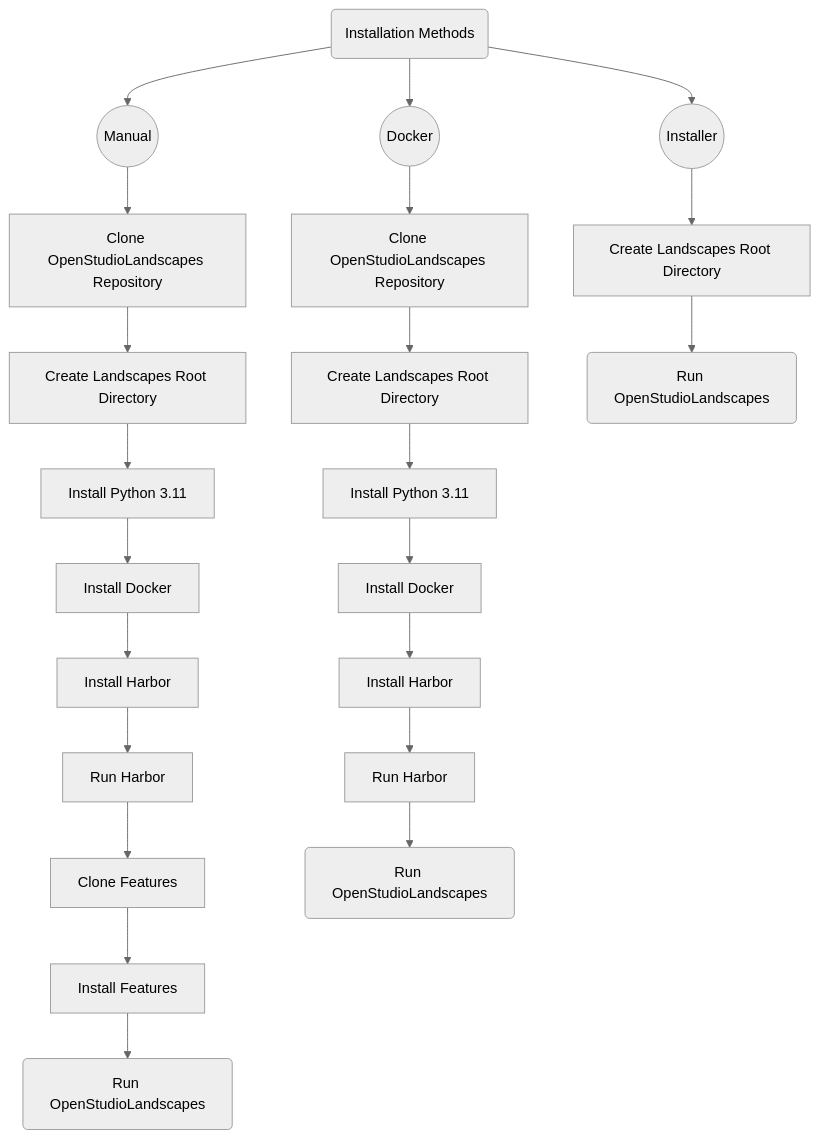
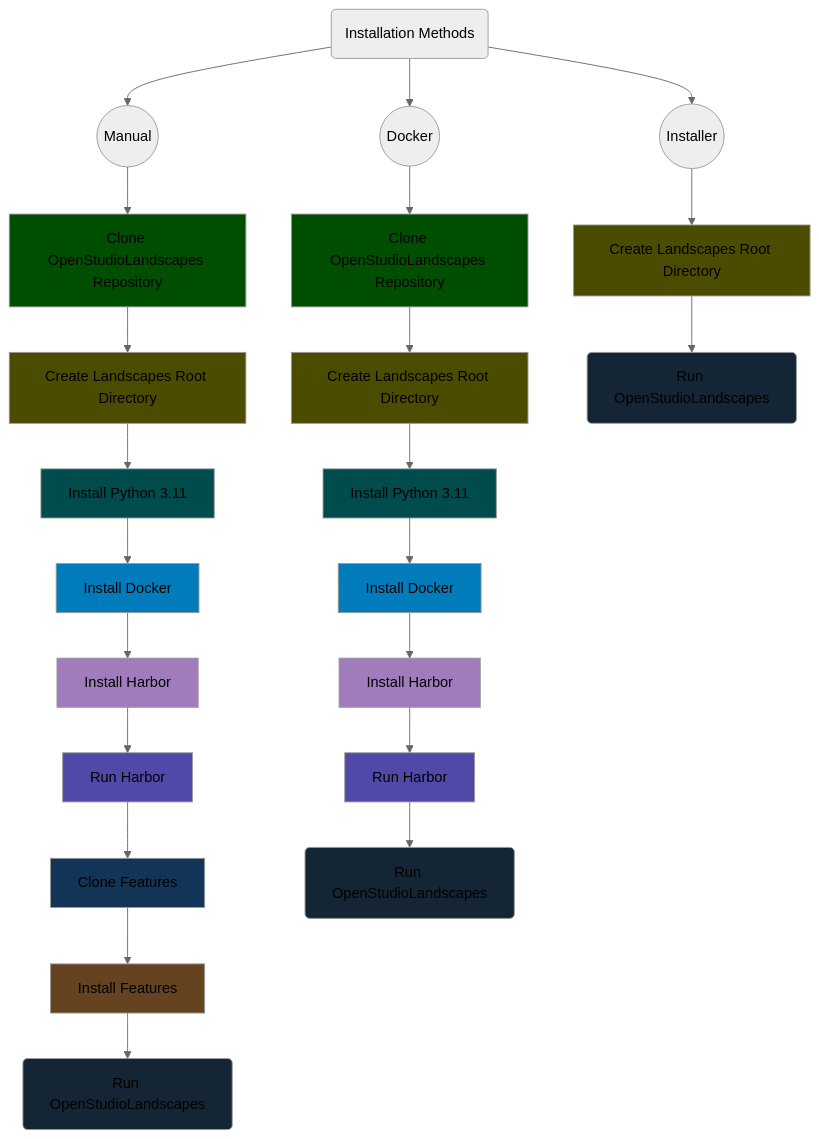
The diagram in wiki/README.md (michimussato/OpenStudioLandscapes), drawn with Mermaid (neutral theme) before and after one commit.

Commit message:
refactor

````diff
--- a/wiki/README.md
+++ b/wiki/README.md
@@ -19,16 +19,11 @@
     click docker href "https://github.com/michimussato/OpenStudioLandscapes/blob/main/wiki/installation/basic_installation.md#install-docker"
     script((Installer))
     click script href "https://github.com/michimussato/OpenStudioLandscapes/blob/main/wiki/installation/basic_installation_from_script.md"
-    installation_methods --> manual
-    installation_methods --> docker
-    installation_methods --> script
     
     clone_repo_manual[Clone OpenStudioLandscapes Repository]
     click clone_repo_manual href "https://github.com/michimussato/OpenStudioLandscapes/blob/main/wiki/installation/basic_installation.md#clone-repository"
     clone_repo_docker[Clone OpenStudioLandscapes Repository]
     click clone_repo_docker href "https://github.com/michimussato/OpenStudioLandscapes/blob/main/wiki/installation/basic_installation.md#clone-repository"
-    %% clone_repo_script[Clone OpenStudioLandscapes Repository]
-    %% click clone_repo_script href "https://github.com/michimussato/OpenStudioLandscapes/blob/main/wiki/installation/basic_installation.md#openstudiolandscapes"
     
     landscapes_root_manual[Create Landscapes Root Directory]
     click landscapes_root_manual href "https://github.com/michimussato/OpenStudioLandscapes/blob/main/wiki/installation/basic_installation.md#create-landscapes-root-directory"
@@ -46,22 +41,16 @@
     click install_docker_manual href "https://github.com/michimussato/OpenStudioLandscapes/blob/main/wiki/installation/basic_installation.md#install-docker"
     install_docker_docker[Install Docker]
     click install_docker_docker href "https://github.com/michimussato/OpenStudioLandscapes/blob/main/wiki/installation/basic_installation.md#install-docker"
-    %% install_docker_script[Install Docker]
-    %% click install_docker_script href "https://github.com/michimussato/OpenStudioLandscapes/blob/main/wiki/installation/basic_installation.md#install-docker"
     
     install_harbor_manual[Install Harbor]
     click install_harbor_manual href "https://github.com/michimussato/OpenStudioLandscapes/blob/main/wiki/installation/basic_installation.md#harbor"
     install_harbor_docker[Install Harbor]
     click install_harbor_docker href "https://github.com/michimussato/OpenStudioLandscapes/blob/main/wiki/installation/basic_installation.md#harbor"
-    %% install_harbor_script[Install Harbor]
-    %% click install_harbor_script href "https://github.com/michimussato/OpenStudioLandscapes/blob/main/wiki/installation/basic_installation.md#harbor"
     
     run_harbor_manual[Run Harbor]
     click run_harbor_manual href "https://github.com/michimussato/OpenStudioLandscapes/blob/main/wiki/run/run_harbor.md#up"
     run_harbor_docker[Run Harbor]
     click run_harbor_docker href "https://github.com/michimussato/OpenStudioLandscapes/blob/main/wiki/run/run_harbor.md#up"
-    %% run_harbor_script[Run Harbor]
-    %% click run_harbor_script href "https://github.com/michimussato/OpenStudioLandscapes/blob/main/wiki/run/run_harbor.md#up"
     
     clone_features_manual[Clone Features]
     click clone_features_manual href "https://github.com/michimussato/OpenStudioLandscapes/blob/main/wiki/installation/install_features.md#clone-features"
@@ -75,11 +64,34 @@
     run_script(Run OpenStudioLandscapes)
     click run_script href "https://github.com/michimussato/OpenStudioLandscapes/blob/main/wiki/run_openstudiolandscapes/from_script.md#up-and-down"
     
-    manual --> clone_repo_manual --> landscapes_root_manual --> install_python_manual --> install_docker_manual --> install_harbor_manual 
-    install_harbor_manual --> run_harbor_manual --> clone_features_manual --> install_features_manual --> run_manual
+    installation_methods --> manual --> clone_repo_manual --> landscapes_root_manual --> install_python_manual --> install_docker_manual --> install_harbor_manual --> run_harbor_manual --> clone_features_manual --> install_features_manual --> run_manual
+    installation_methods --> docker --> clone_repo_docker --> landscapes_root_docker --> install_python_docker --> install_docker_docker --> install_harbor_docker --> run_harbor_docker --> run_docker
+    installation_methods --> script --> landscapes_root_script --> run_script
     
-    docker --> clone_repo_docker --> landscapes_root_docker --> install_python_docker --> install_docker_docker --> install_harbor_docker
-    install_harbor_docker --> run_harbor_docker --> run_docker
+    classDef clone_repo fill:#004f00;
+    class clone_repo_manual,clone_repo_docker clone_repo;
     
-    script --> landscapes_root_script --> run_script
+    classDef landscapes_root fill:#4c4c00;
+    class landscapes_root_manual,landscapes_root_docker,landscapes_root_script landscapes_root
+    
+    classDef install_python fill:#004c4c;
+    class install_python_manual,install_python_docker install_python
+    
+    classDef install_docker fill:#007cbc;
+    class install_docker_manual,install_docker_docker install_docker
+    
+    classDef install_harbor fill:#a07cbc;
+    class install_harbor_manual,install_harbor_docker install_harbor
+    
+    classDef run_harbor fill:#5049a7;
+    class run_harbor_manual,run_harbor_docker run_harbor
+    
+    classDef clone_features fill:#123456;
+    class clone_features_manual clone_features
+    
+    classDef install_features fill:#654321;
+    class install_features_manual install_features
+    
+    classDef run fill:#142536;
+    class run_manual,run_docker,run_script run
 ```
````
